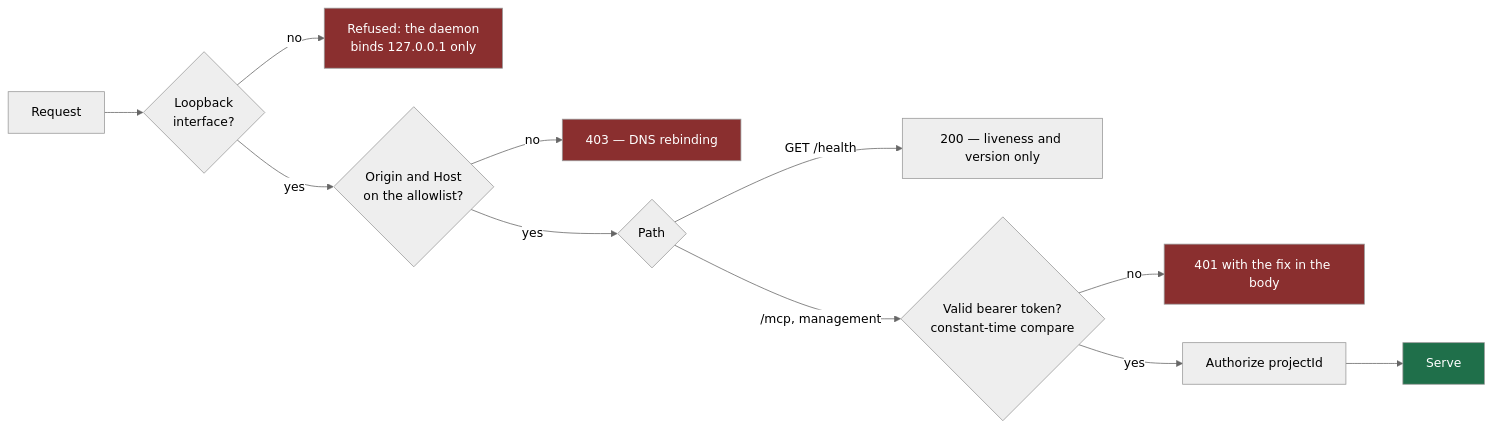
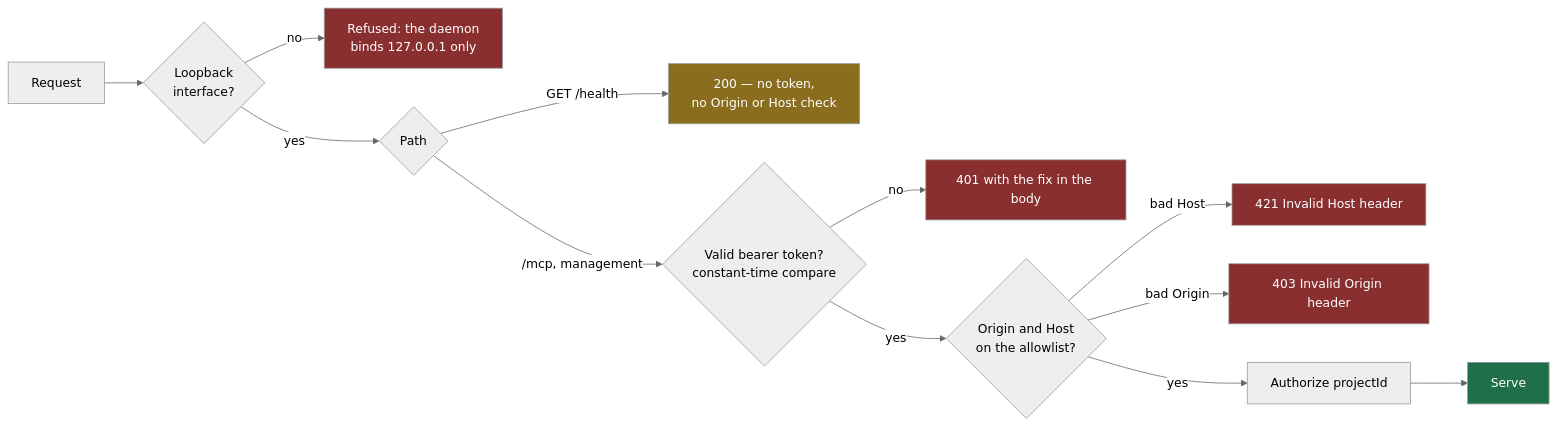
Before and after one commit to theurian/theurian: the diagram in docs/security/local-mcp.md, drawn with Mermaid (neutral theme). The commit also changed other lines of this file and 5 other files, not shown here.

````diff
--- a/docs/security/local-mcp.md
+++ b/docs/security/local-mcp.md
@@ -22,18 +28,21 @@
 ```mermaid
 flowchart LR
     R["Request"] --> B{"Loopback<br/>interface?"}
     B -->|no| X1["Refused: the daemon<br/>binds 127.0.0.1 only"]
-    B -->|yes| O{"Origin and Host<br/>on the allowlist?"}
-    O -->|no| X2["403 — DNS rebinding"]
-    O -->|yes| P{"Path"}
-    P -->|"GET /health"| H["200 — liveness and version only"]
+    B -->|yes| P{"Path"}
+    P -->|"GET /health"| H["200 — no token,<br/>no Origin or Host check"]
     P -->|"/mcp, management"| T{"Valid bearer token?<br/>constant-time compare"}
     T -->|no| X3["401 with the fix in the body"]
-    T -->|yes| A["Authorize projectId"]
+    T -->|yes| O{"Origin and Host<br/>on the allowlist?"}
+    O -->|"bad Host"| X2["421 Invalid Host header"]
+    O -->|"bad Origin"| X4["403 Invalid Origin header"]
+    O -->|yes| A["Authorize projectId"]
     A --> S["Serve"]
 
     style X1 fill:#8a2f2f,color:#fff
     style X2 fill:#8a2f2f,color:#fff
     style X3 fill:#8a2f2f,color:#fff
+    style X4 fill:#8a2f2f,color:#fff
+    style H fill:#8a6d1f,color:#fff
     style S fill:#1f6f4a,color:#fff
 ```
````
